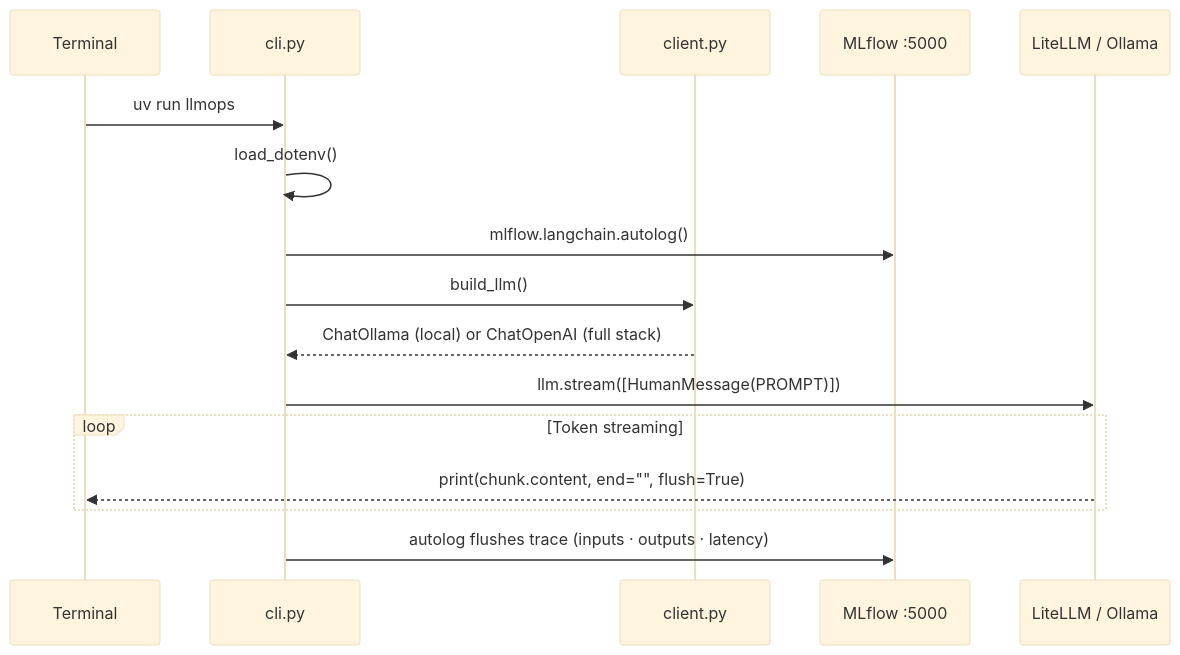
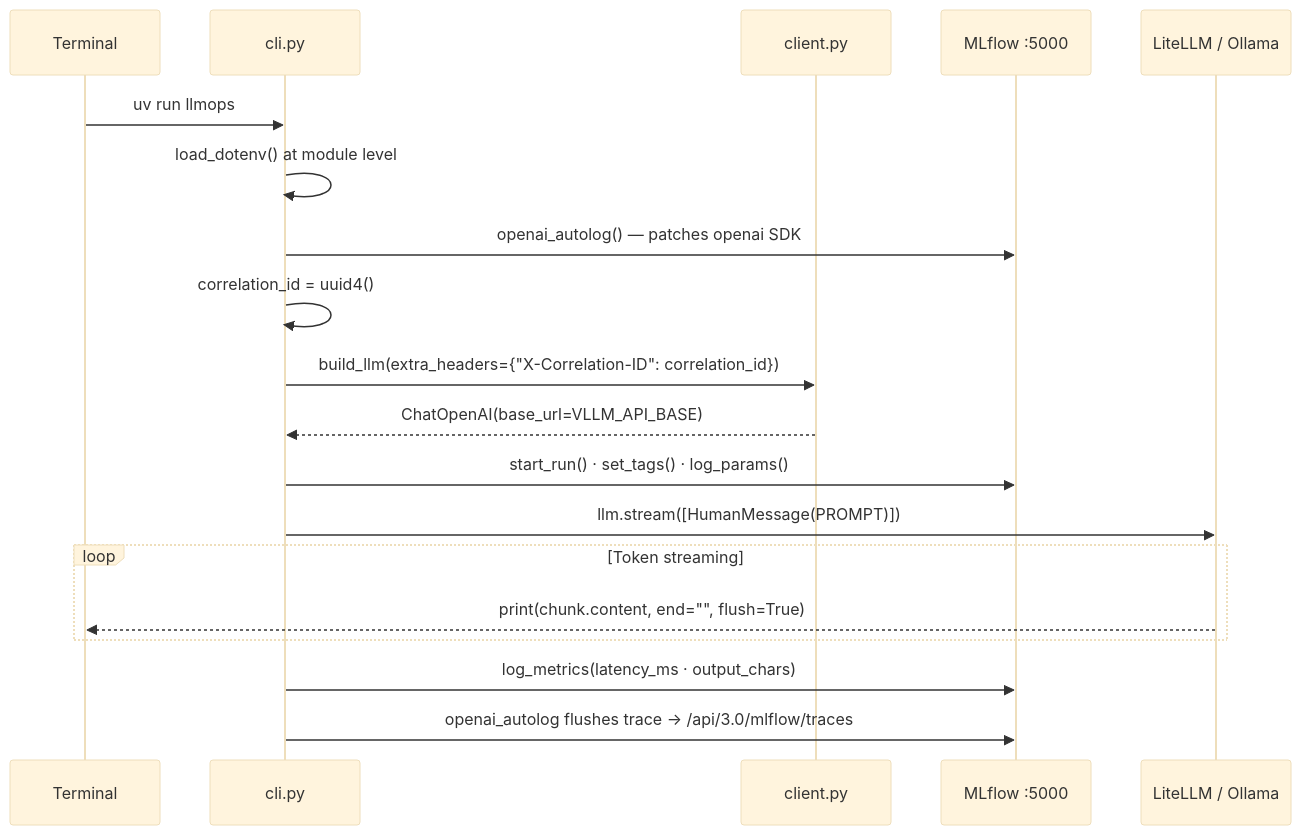
Before and after one commit to ayushsoni1010/vllmops: the fourth of 5 diagrams in ARCHITECTURE.md, drawn with Mermaid (base theme). The commit also changed other lines of this file and 2 other files, not shown here.

Commit message:
docs: fix four stale references missed in initial doc sync
- ARCHITECTURE.md embedded CLI diagram: replace langchain.autolog / ChatOllama
  with openai_autolog / ChatOpenAI / correlation_id / explicit metrics
- ARCHITECTURE.md Redis section: LRU 256 MB → 512 MB (--maxmemory 512mb)
- docs/diagrams/system-architecture.md: Redis label LRU 256 MB → 512 MB
- docs/diagrams/network-topology.md: internet → nginx ":8000" → ":80"

````diff
--- a/ARCHITECTURE.md
+++ b/ARCHITECTURE.md
@@ -120,19 +120,22 @@
 ```mermaid
 sequenceDiagram
     participant U  as Terminal
     participant C  as cli.py
     participant B  as client.py
     participant ML as MLflow :5000
     participant L  as LiteLLM / Ollama
 
     U  ->> C  : uv run llmops
-    C  ->> C  : load_dotenv()
-    C  ->> ML : mlflow.langchain.autolog()
-    C  ->> B  : build_llm()
-    B  -->> C : ChatOllama (local) or ChatOpenAI (full stack)
+    C  ->> C  : load_dotenv() at module level
+    C  ->> ML : openai_autolog() — patches openai SDK
+    C  ->> C  : correlation_id = uuid4()
+    C  ->> B  : build_llm(extra_headers={"X-Correlation-ID": correlation_id})
+    B  -->> C : ChatOpenAI(base_url=VLLM_API_BASE)
+    C  ->> ML : start_run() · set_tags() · log_params()
     C  ->> L  : llm.stream([HumanMessage(PROMPT)])
     loop Token streaming
         L  -->> U : print(chunk.content, end="", flush=True)
     end
-    C  ->> ML : autolog flushes trace (inputs · outputs · latency)
+    C  ->> ML : log_metrics(latency_ms · output_chars)
+    C  ->> ML : openai_autolog flushes trace → /api/3.0/mlflow/traces
 ```
````
